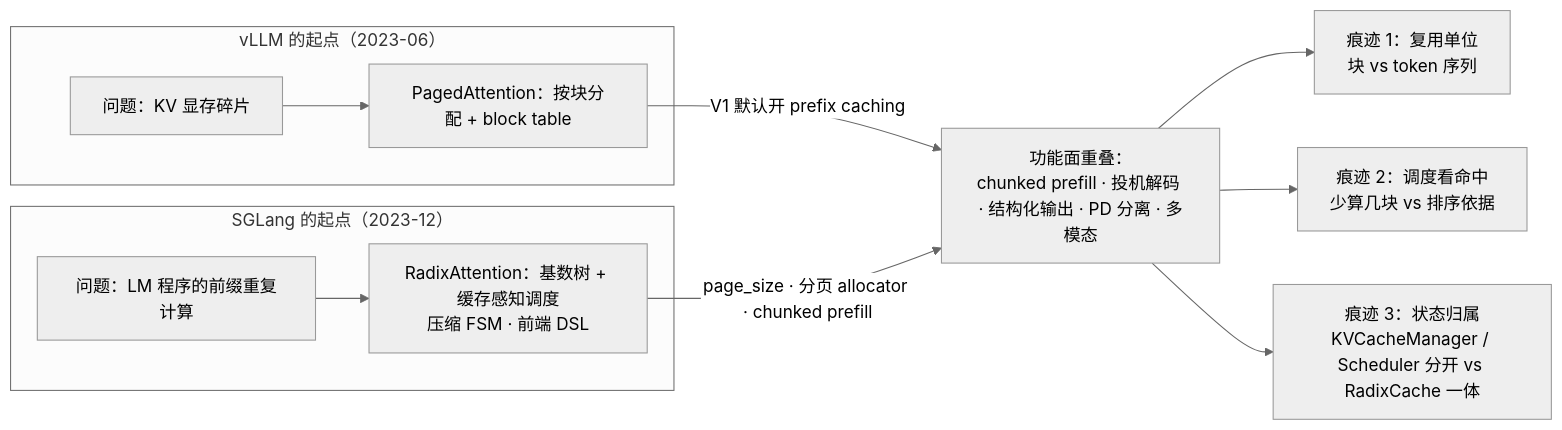
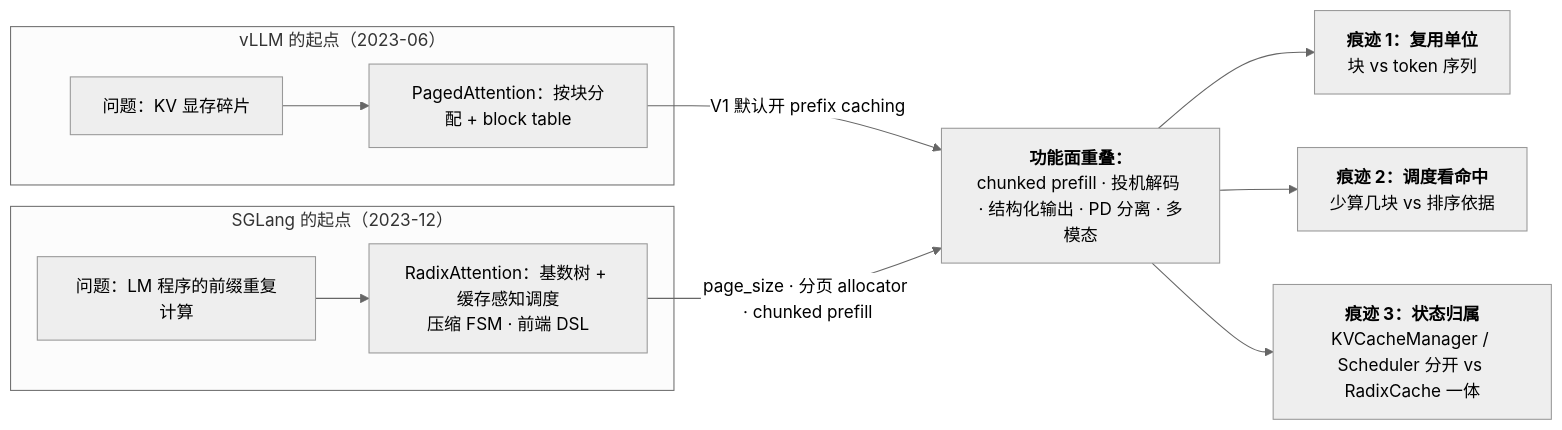
The first of 5 diagrams in _posts/2026-08-25-vllm-vs-sglang.md (arganzheng/arganzheng.github.com), drawn with Mermaid (neutral theme) before and after one commit. The commit also changed other lines of this file and 14 other files, not shown here.

First line of the commit message:
大模型推理系统揭秘：从 vLLM 看 LLM Serving Infra 核心技术：Mermaid 多行方框的首行标为标题（15 篇）

````diff
--- a/_posts/2026-08-25-vllm-vs-sglang.md
+++ b/_posts/2026-08-25-vllm-vs-sglang.md
@@ -86,15 +86,15 @@
 ```mermaid
 %% 图：两个出发点如何会师，又各自在今天的结构里留下什么痕迹
 flowchart LR
     subgraph V["vLLM 的起点（2023-06）"]
         V1["问题：KV 显存碎片"] --> V2["PagedAttention：按块分配 + block table"]
     end
     subgraph S["SGLang 的起点（2023-12）"]
         S1["问题：LM 程序的前缀重复计算"] --> S2["RadixAttention：基数树 + 缓存感知调度<br/>压缩 FSM · 前端 DSL"]
     end
-    V2 -->|"V1 默认开 prefix caching"| M["功能面重叠：<br/>chunked prefill · 投机解码 · 结构化输出 · PD 分离 · 多模态"]
+    V2 -->|"V1 默认开 prefix caching"| M["<b>功能面重叠：</b><br/>chunked prefill · 投机解码 · 结构化输出 · PD 分离 · 多模态"]
     S2 -->|"page_size · 分页 allocator · chunked prefill"| M
-    M --> D1["痕迹 1：复用单位<br/>块 vs token 序列"]
-    M --> D2["痕迹 2：调度看命中<br/>少算几块 vs 排序依据"]
-    M --> D3["痕迹 3：状态归属<br/>KVCacheManager / Scheduler 分开 vs RadixCache 一体"]
+    M --> D1["<b>痕迹 1：复用单位</b><br/>块 vs token 序列"]
+    M --> D2["<b>痕迹 2：调度看命中</b><br/>少算几块 vs 排序依据"]
+    M --> D3["<b>痕迹 3：状态归属</b><br/>KVCacheManager / Scheduler 分开 vs RadixCache 一体"]
 ```
````
